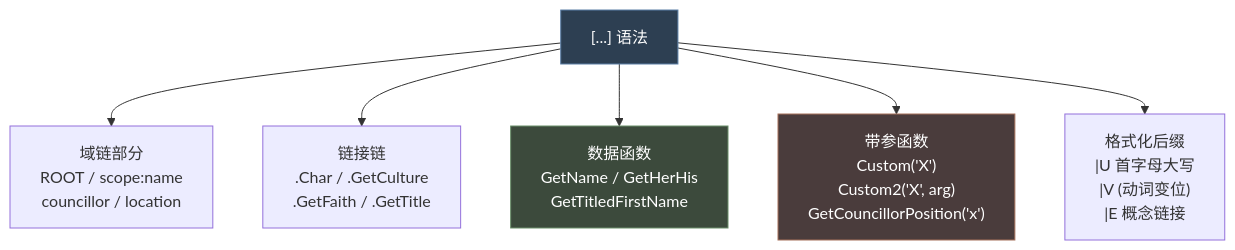
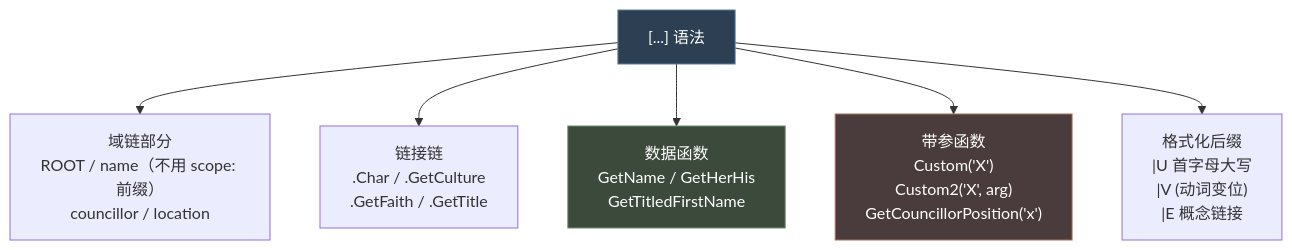
One commit to FeronCompany/ck3_for_the_realm changed the fifth of 8 diagrams in document/07-history历史脚本与本地化.md. Above: the diagram before and after it, drawn with Mermaid. The commit also changed 61 other files, not shown here.

````diff
--- a/document/07-history历史脚本与本地化.md
+++ b/document/07-history历史脚本与本地化.md
@@ -647,12 +647,12 @@
 ```mermaid
 graph TD
-    BR["[...] 语法"] --> SCOPE["域链部分<br/>ROOT / scope:name<br/>councillor / location"]
+    BR["[...] 语法"] --> SCOPE["域链部分<br/>ROOT / name（不用 scope: 前缀）<br/>councillor / location"]
     BR --> CHAIN["链接链<br/>.Char / .GetCulture<br/>.GetFaith / .GetTitle"]
     BR --> FN["数据函数<br/>GetName / GetHerHis<br/>GetTitledFirstName"]
     BR --> ARG["带参函数<br/>Custom('X')<br/>Custom2('X', arg)<br/>GetCouncillorPosition('x')"]
     BR --> SUF["格式化后缀<br/>|U 首字母大写<br/>|V (动词变位)<br/>|E 概念链接"]
 
     style BR fill:#2d3f52,stroke:#5b7fa6,color:#fff
     style FN fill:#3c4a3c,stroke:#6b8f6b,color:#fff
     style ARG fill:#4a3c3c,stroke:#a6705b,color:#fff
 ```
````
